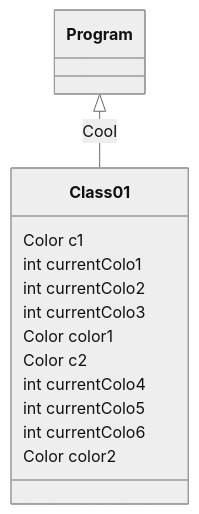
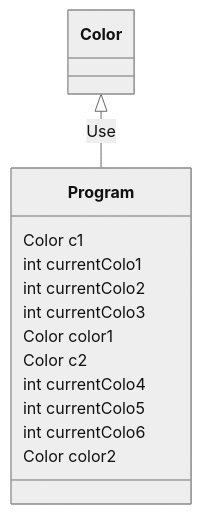
One commit to FabioRibeiro404/LP1Semana06 changed the diagram in README.md. Above: the diagram before and after it, drawn with Mermaid (neutral theme).

````diff
--- a/README.md
+++ b/README.md
@@ -3,18 +3,18 @@
 ```mermaid
  classDiagram
-Program <|-- Class01 : Cool
+Color <|-- Program : Use
 
-Class01 : Color c1
-Class01 : int currentColo1
-Class01 : int currentColo2
-Class01 : int currentColo3
-Class01 : Color color1
-Class01 : Color c2
-Class01 : int currentColo4
-Class01 : int currentColo5
-Class01 : int currentColo6
-Class01 : Color color2
+Program : Color c1
+Program : int currentColo1
+Program : int currentColo2
+Program : int currentColo3
+Program : Color color1
+Program : Color c2
+Program : int currentColo4
+Program : int currentColo5
+Program : int currentColo6
+Program : Color color2
 
 
 
 ```
````
